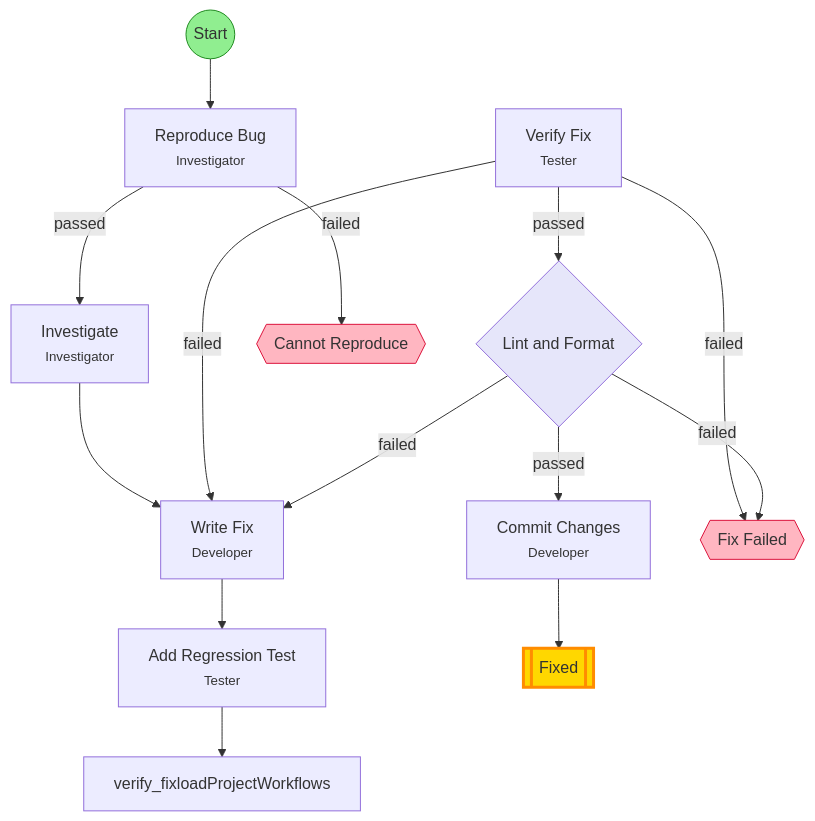
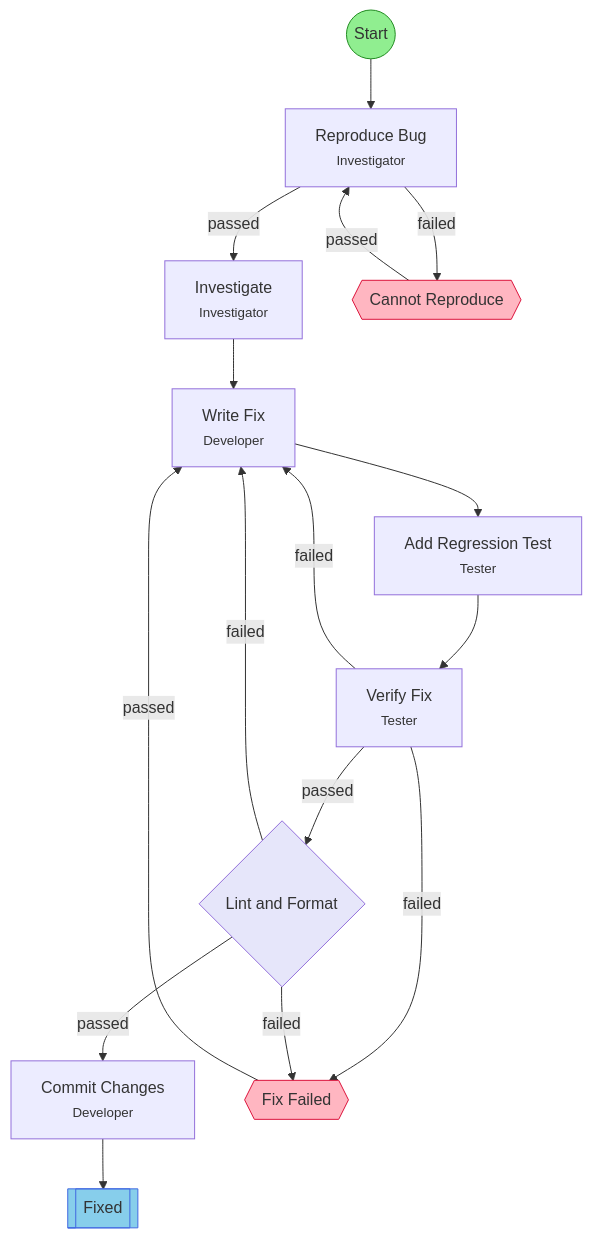
Before and after one commit to leclabs/agent-toolkit: the diagram in .flow/diagrams/bug-fix.md, drawn with Mermaid. The commit also changed other lines of this file and 5 other files, not shown here.

````diff
--- a/.flow/diagrams/bug-fix.md
+++ b/.flow/diagrams/bug-fix.md
@@ -7,39 +7,41 @@
 ```mermaid
 flowchart TD
     start(("Start"))
     reproduce["Reproduce Bug<br/><small>Investigator</small>"]
     investigate["Investigate<br/><small>Investigator</small>"]
     write_fix["Write Fix<br/><small>Developer</small>"]
     add_regression_test["Add Regression Test<br/><small>Tester</small>"]
     verify_fix["Verify Fix<br/><small>Tester</small>"]
     lint_format{"Lint and Format"}
     commit["Commit Changes<br/><small>Developer</small>"]
     end_success[["Fixed"]]
     hitl_cannot_reproduce{{"Cannot Reproduce"}}
     hitl_fix_failed{{"Fix Failed"}}
 
     start --> reproduce
     reproduce -->|passed| investigate
     reproduce -->|failed| hitl_cannot_reproduce
     investigate --> write_fix
     write_fix --> add_regression_test
-    add_regression_test --> verify_fixloadProjectWorkflows
+    add_regression_test --> verify_fix
     verify_fix -->|failed| write_fix
     verify_fix -->|failed| hitl_fix_failed
     verify_fix -->|passed| lint_format
     lint_format -->|passed| commit
     lint_format -->|failed| write_fix
     lint_format -->|failed| hitl_fix_failed
     commit --> end_success
+    hitl_cannot_reproduce -->|passed| reproduce
+    hitl_fix_failed -->|passed| write_fix
 
     classDef startStep fill:#90EE90,stroke:#228B22
     classDef successStep fill:#87CEEB,stroke:#4169E1
     classDef hitlStep fill:#FFB6C1,stroke:#DC143C
     classDef gateStep fill:#E6E6FA,stroke:#9370DB
+    classDef forkJoinStep fill:#FFEAA7,stroke:#FDCB6E
     classDef currentStep fill:#FFD700,stroke:#FF8C00,stroke-width:3px
     class start startStep
     class end_success successStep
     class hitl_cannot_reproduce,hitl_fix_failed hitlStep
     class lint_format gateStep
-    class end_success currentStep
 ```
````
